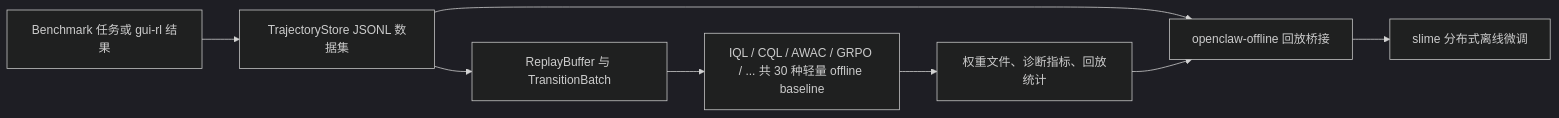
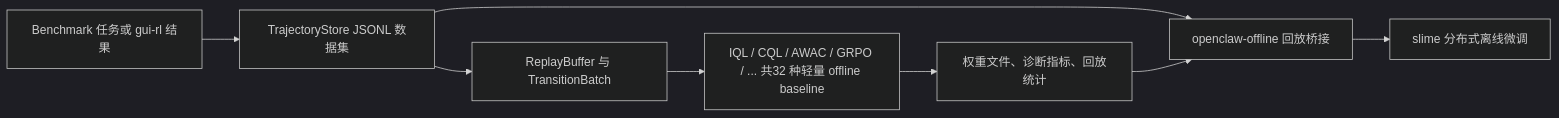
The diagram in README.zh-CN.md (MING-ZCH/OpenClaw-RL-Offline), drawn with Mermaid (dark theme) before and after one commit. The commit also changed other lines of this file and 12 other files, not shown here.

````diff
--- a/README.zh-CN.md
+++ b/README.zh-CN.md
@@ -9,10 +9,10 @@
 ```mermaid
 flowchart LR
   A[Benchmark 任务或 gui-rl 结果] --> B[TrajectoryStore JSONL 数据集]
   B --> C[ReplayBuffer 与 TransitionBatch]
-  C --> D[IQL / CQL / AWAC / GRPO / ... 共 30 种轻量 offline baseline]
+  C --> D[IQL / CQL / AWAC / GRPO / ... 共32 种轻量 offline baseline]
   D --> E[权重文件、诊断指标、回放统计]
   B --> F[openclaw-offline 回放桥接]
   E --> F
   F --> G[slime 分布式离线微调]
 ```
````
